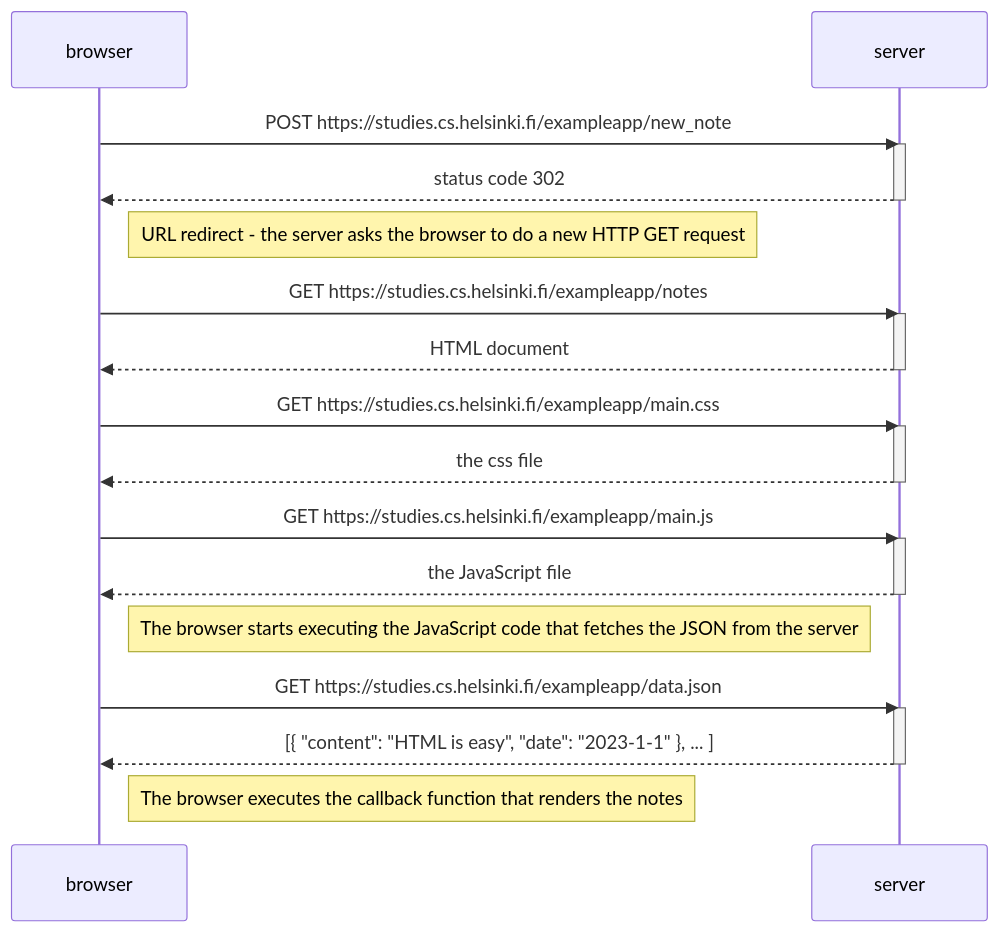
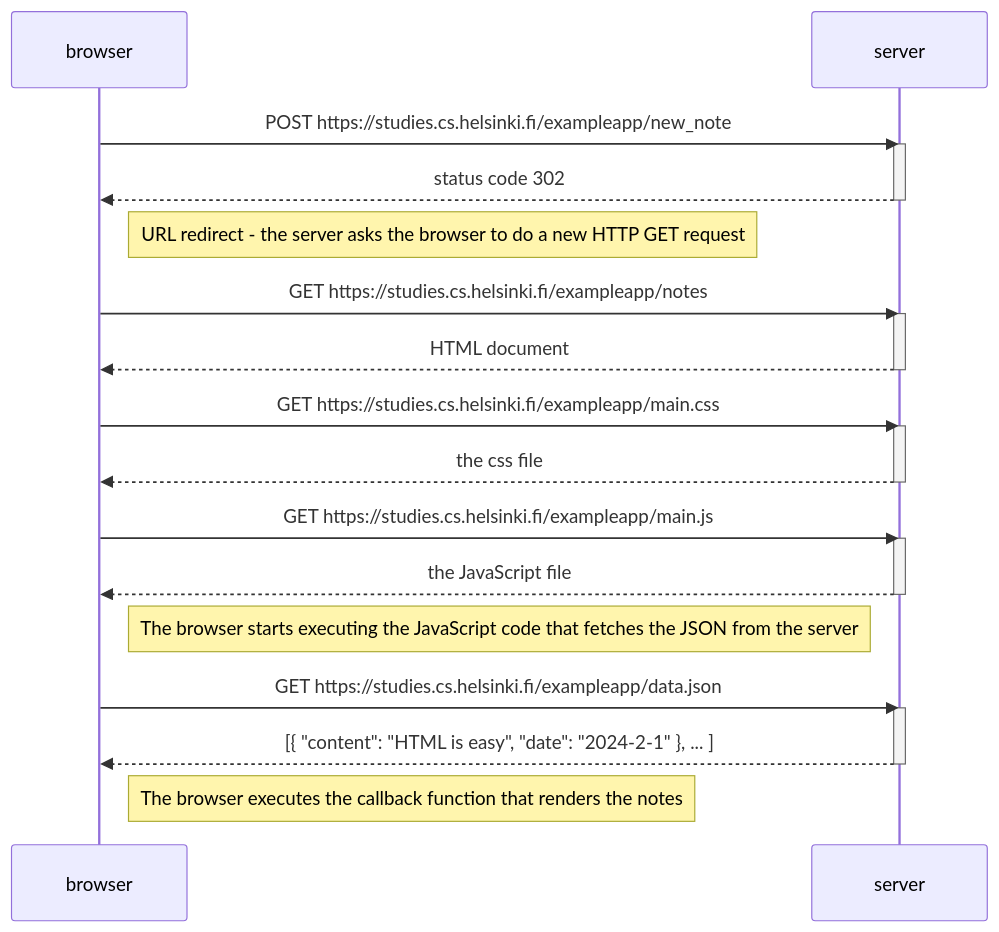
Before and after one commit to DanaeBouwer/full-stack-learning: the diagram in new-note-diagram/new_note_diagram.md, drawn with Mermaid. The commit also changed 2 other files, not shown here.

````diff
--- a/new-note-diagram/new_note_diagram.md
+++ b/new-note-diagram/new_note_diagram.md
@@ -1,36 +1,36 @@
 ```mermaid
 sequenceDiagram
     participant browser
     participant server
 
     browser->>server: POST https://studies.cs.helsinki.fi/exampleapp/new_note
     activate server
     server-->>browser: status code 302
     deactivate server
 
     Note right of browser: URL redirect - the server asks the browser to do a new HTTP GET request
 
     browser->>server: GET https://studies.cs.helsinki.fi/exampleapp/notes
     activate server
     server-->>browser: HTML document
     deactivate server
 
     browser->>server: GET https://studies.cs.helsinki.fi/exampleapp/main.css
     activate server
     server-->>browser: the css file
     deactivate server
 
     browser->>server: GET https://studies.cs.helsinki.fi/exampleapp/main.js
     activate server
     server-->>browser: the JavaScript file
     deactivate server
 
     Note right of browser: The browser starts executing the JavaScript code that fetches the JSON from the server
 
     browser->>server: GET https://studies.cs.helsinki.fi/exampleapp/data.json
     activate server
-    server-->>browser: [{ "content": "HTML is easy", "date": "2023-1-1" }, ... ]
+    server-->>browser: [{ "content": "HTML is easy", "date": "2024-2-1" }, ... ]
     deactivate server
 
     Note right of browser: The browser executes the callback function that renders the notes
 ```
````
